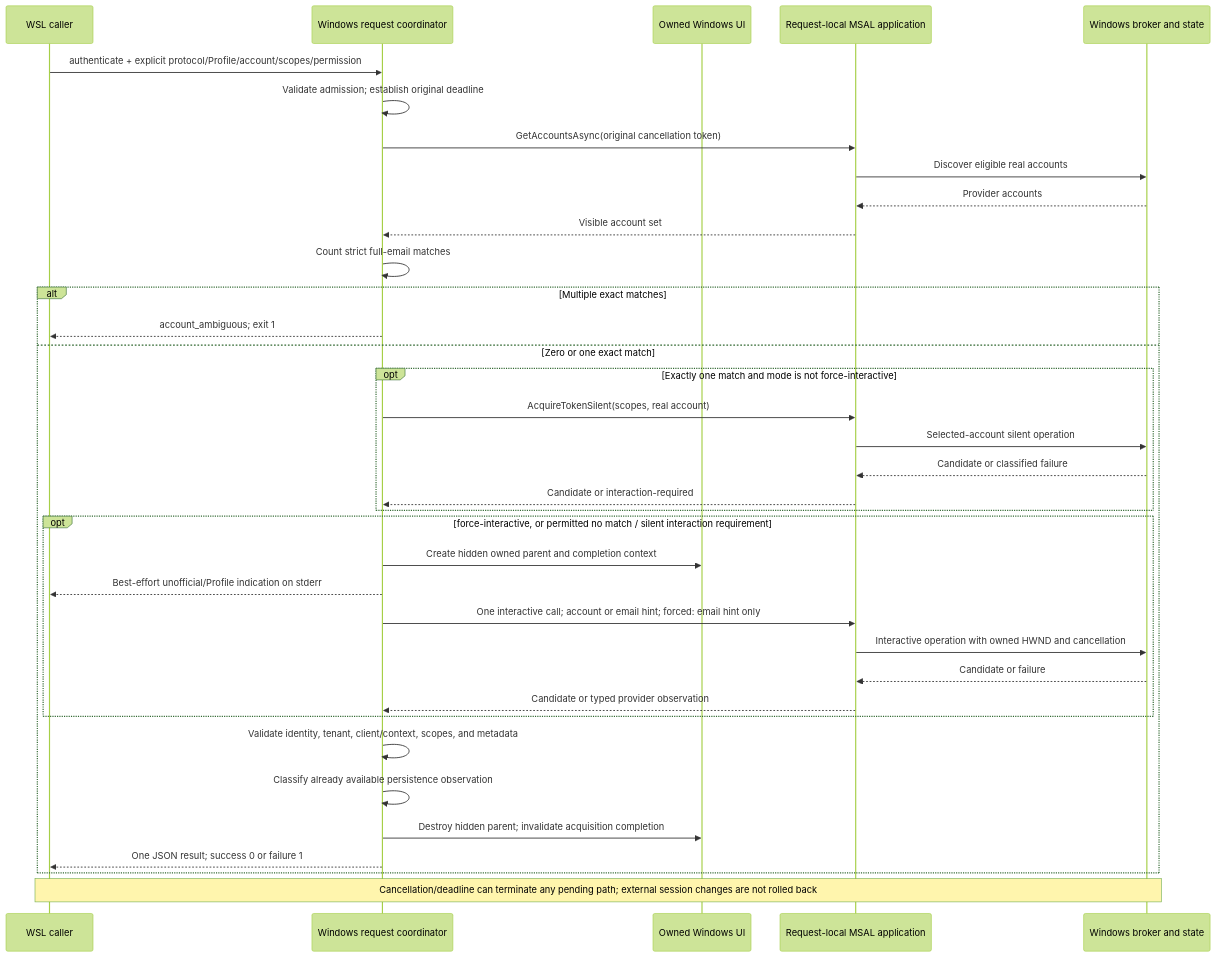
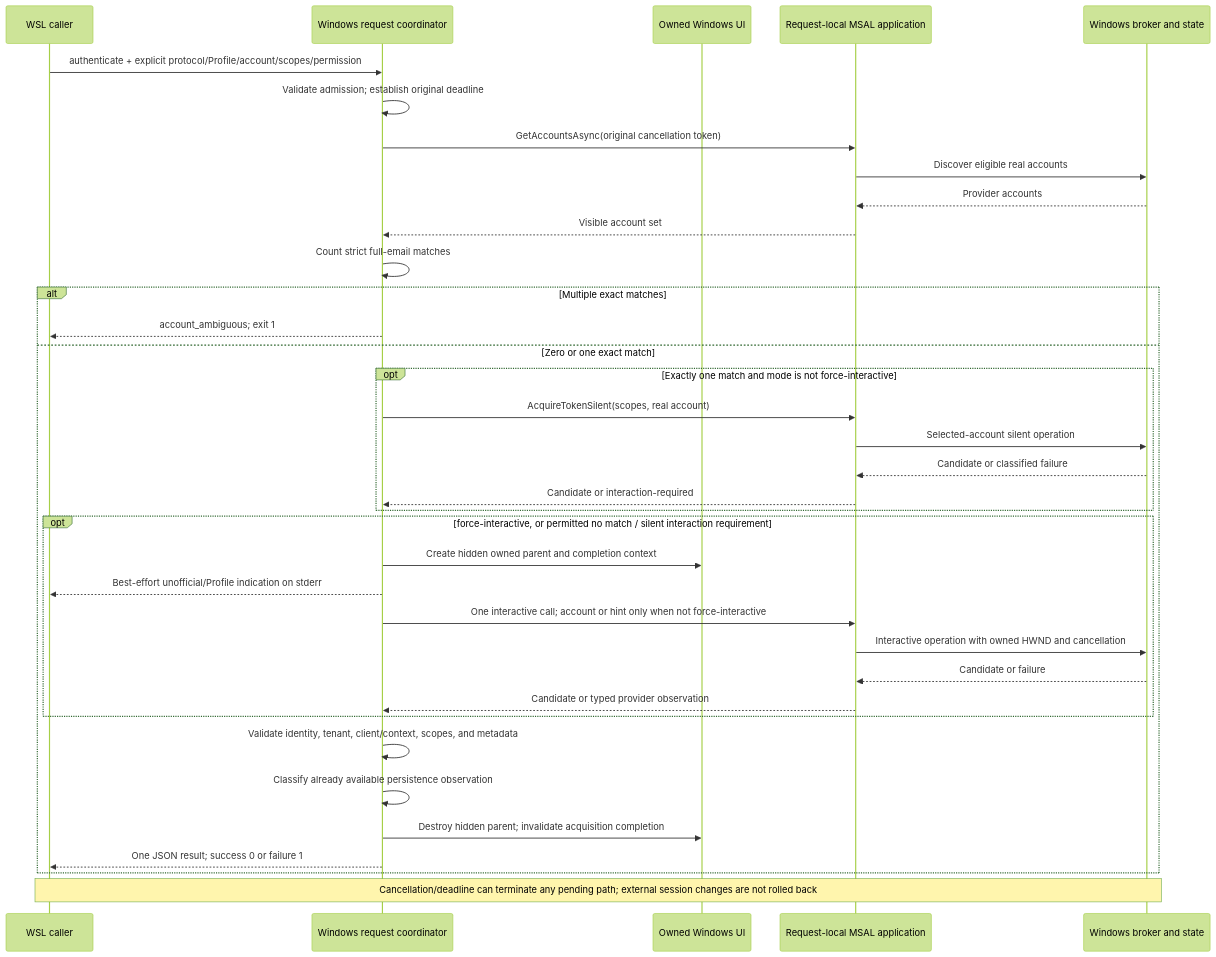
Before and after one commit to hcoona/microsoft-authentication-cli: the second of 4 diagrams in docs/designs/windows-ado-authentication.md, drawn with Mermaid (forest theme). The commit also changed other lines of this file and 9 other files, not shown here.

First line of the commit message:
fix(windows): revert forced interaction to neither hint nor account

````diff
--- a/docs/designs/windows-ado-authentication.md
+++ b/docs/designs/windows-ado-authentication.md
@@ -722,38 +722,38 @@
 ```mermaid
 sequenceDiagram
     participant Caller as WSL caller
     participant CLI as Windows request coordinator
     participant UI as Owned Windows UI
     participant MSAL as Request-local MSAL application
     participant WAM as Windows broker and state
     Caller->>CLI: authenticate + explicit protocol/Profile/account/scopes/permission
     CLI->>CLI: Validate admission#59; establish original deadline
     CLI->>MSAL: GetAccountsAsync(original cancellation token)
     MSAL->>WAM: Discover eligible real accounts
     WAM-->>MSAL: Provider accounts
     MSAL-->>CLI: Visible account set
     CLI->>CLI: Count strict full-email matches
     alt Multiple exact matches
         CLI-->>Caller: account_ambiguous#59; exit 1
     else Zero or one exact match
         opt Exactly one match and mode is not force-interactive
             CLI->>MSAL: AcquireTokenSilent(scopes, real account)
             MSAL->>WAM: Selected-account silent operation
             WAM-->>MSAL: Candidate or classified failure
             MSAL-->>CLI: Candidate or interaction-required
         end
         opt force-interactive, or permitted no match / silent interaction requirement
             CLI->>UI: Create hidden owned parent and completion context
             CLI-->>Caller: Best-effort unofficial/Profile indication on stderr
-            CLI->>MSAL: One interactive call#59; account or email hint#59; forced: email hint only
+            CLI->>MSAL: One interactive call#59; account or hint only when not force-interactive
             MSAL->>WAM: Interactive operation with owned HWND and cancellation
             WAM-->>MSAL: Candidate or failure
             MSAL-->>CLI: Candidate or typed provider observation
         end
         CLI->>CLI: Validate identity, tenant, client/context, scopes, and metadata
         CLI->>CLI: Classify already available persistence observation
         CLI->>UI: Destroy hidden parent#59; invalidate acquisition completion
         CLI-->>Caller: One JSON result#59; success 0 or failure 1
     end
     Note over Caller,WAM: Cancellation/deadline can terminate any pending path#59; external session changes are not rolled back
 ```
````
